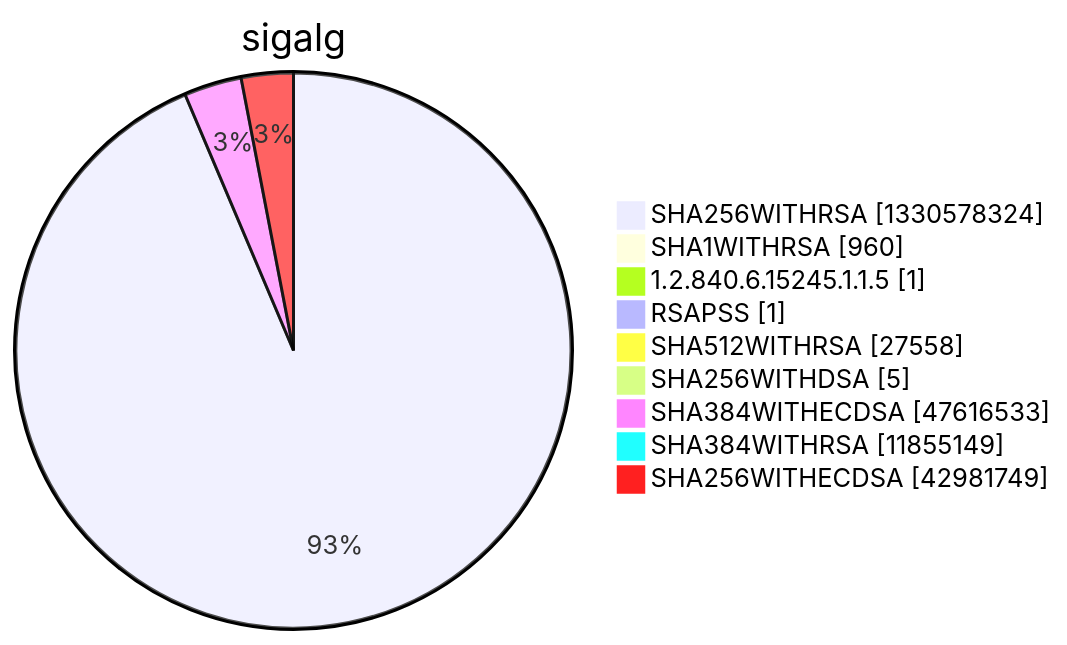
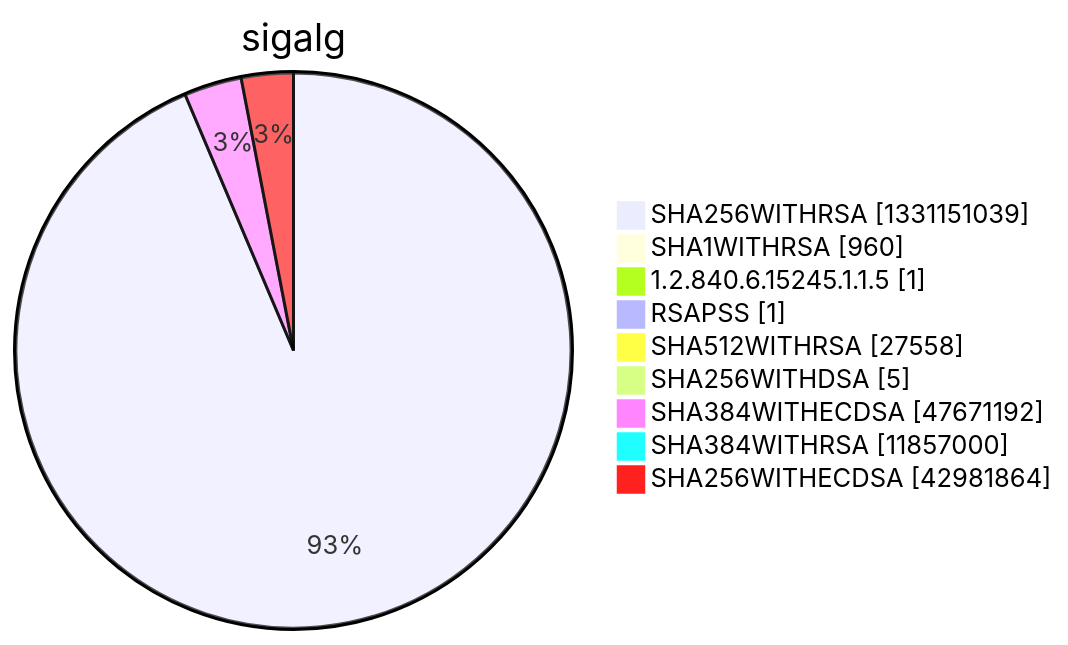
One commit to christiankrug/ctmonitor_visualization changed diagram 15 of 15 in argon2022/README.md. Above: the diagram before and after it, drawn with Mermaid. The commit also changed other lines of this file, not shown here.

````diff
--- a/argon2022/README.md
+++ b/argon2022/README.md
@@ -5524,13 +5524,13 @@
 ```mermaid
 pie showData
 title sigalg
-"SHA256WITHRSA" :1330578324
+"SHA256WITHRSA" :1331151039
 "SHA1WITHRSA" :960
 "1.2.840.6.15245.1.1.5" :1
 "RSAPSS" :1
 "SHA512WITHRSA" :27558
 "SHA256WITHDSA" :5
-"SHA384WITHECDSA" :47616533
-"SHA384WITHRSA" :11855149
-"SHA256WITHECDSA" :42981749
+"SHA384WITHECDSA" :47671192
+"SHA384WITHRSA" :11857000
+"SHA256WITHECDSA" :42981864
 ```
````
